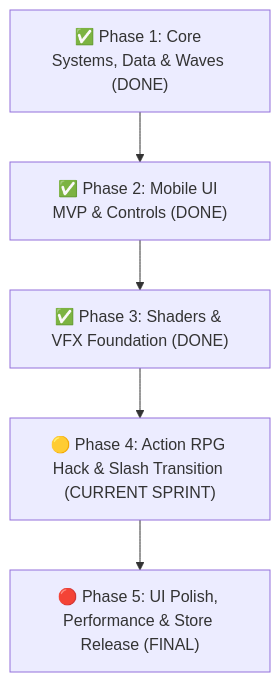
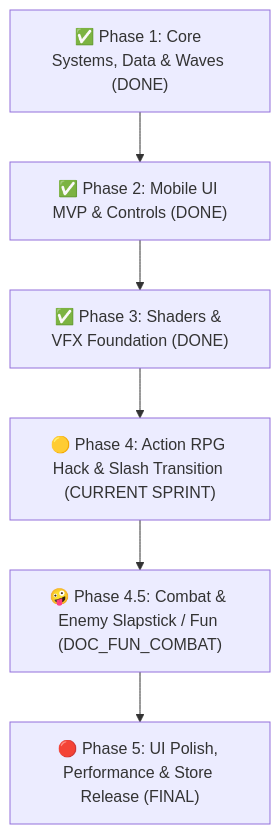
Before and after one commit to thuongtran1210/Projectzombie: the diagram in ProjectManagement/TASKS.md, drawn with Mermaid. The commit also changed other lines of this file and 19 other files, not shown here.

````diff
--- a/ProjectManagement/TASKS.md
+++ b/ProjectManagement/TASKS.md
@@ -24,7 +24,8 @@
 ```mermaid
 graph TD
     A["✅ Phase 1: Core Systems, Data & Waves (DONE)"] --> B["✅ Phase 2: Mobile UI MVP & Controls (DONE)"]
     B --> C["✅ Phase 3: Shaders & VFX Foundation (DONE)"]
     C --> D["🟡 Phase 4: Action RPG Hack & Slash Transition (CURRENT SPRINT)"]
-    D --> E["🔴 Phase 5: UI Polish, Performance & Store Release (FINAL)"]
+    D --> D2["🤪 Phase 4.5: Combat & Enemy Slapstick / Fun (DOC_FUN_COMBAT)"]
+    D2 --> E["🔴 Phase 5: UI Polish, Performance & Store Release (FINAL)"]
 ```
````
